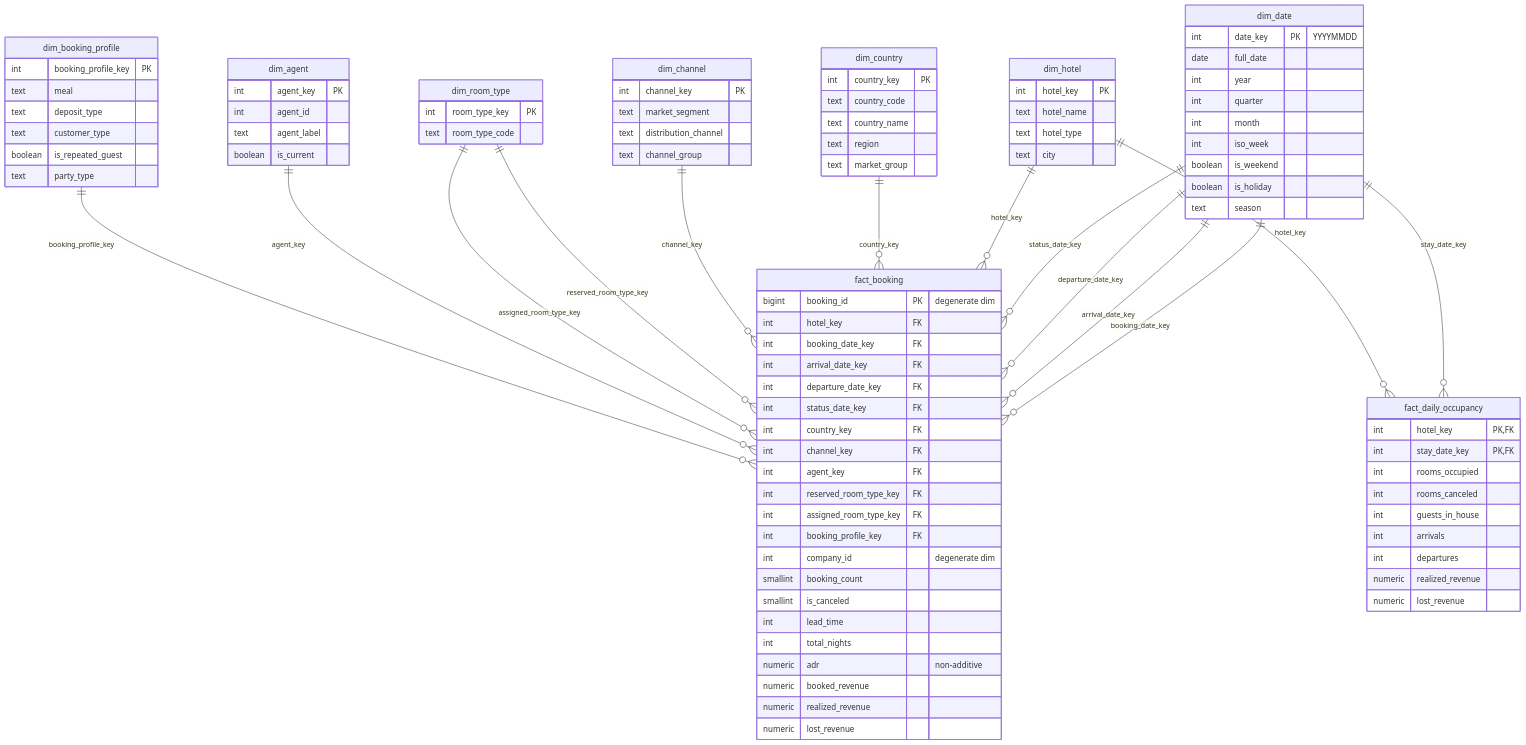
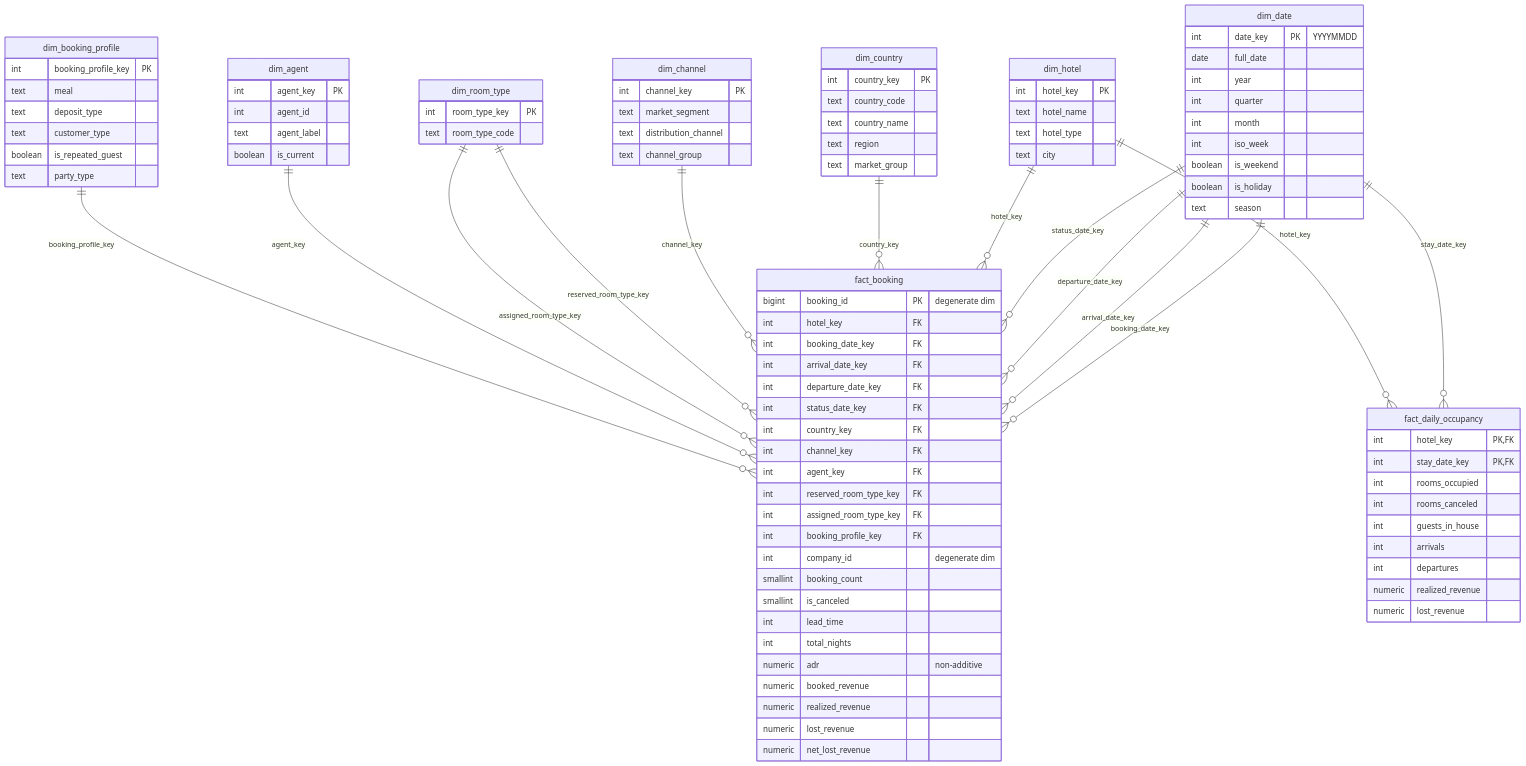
Before and after one commit to XuanSang2005/datawarehouse: the diagram in docs/STAR_SCHEMA.md, drawn with Mermaid. The commit also changed other lines of this file and 28 other files, not shown here.

First line of the commit message:
feat(gold): implement star schema with 7 dims, 2 facts and KPI views

```diff
--- a/docs/STAR_SCHEMA.md
+++ b/docs/STAR_SCHEMA.md
@@ -70,6 +70,7 @@
         numeric booked_revenue
         numeric realized_revenue
         numeric lost_revenue
+        numeric net_lost_revenue
     }
     fact_daily_occupancy {
         int hotel_key PK, FK
```
